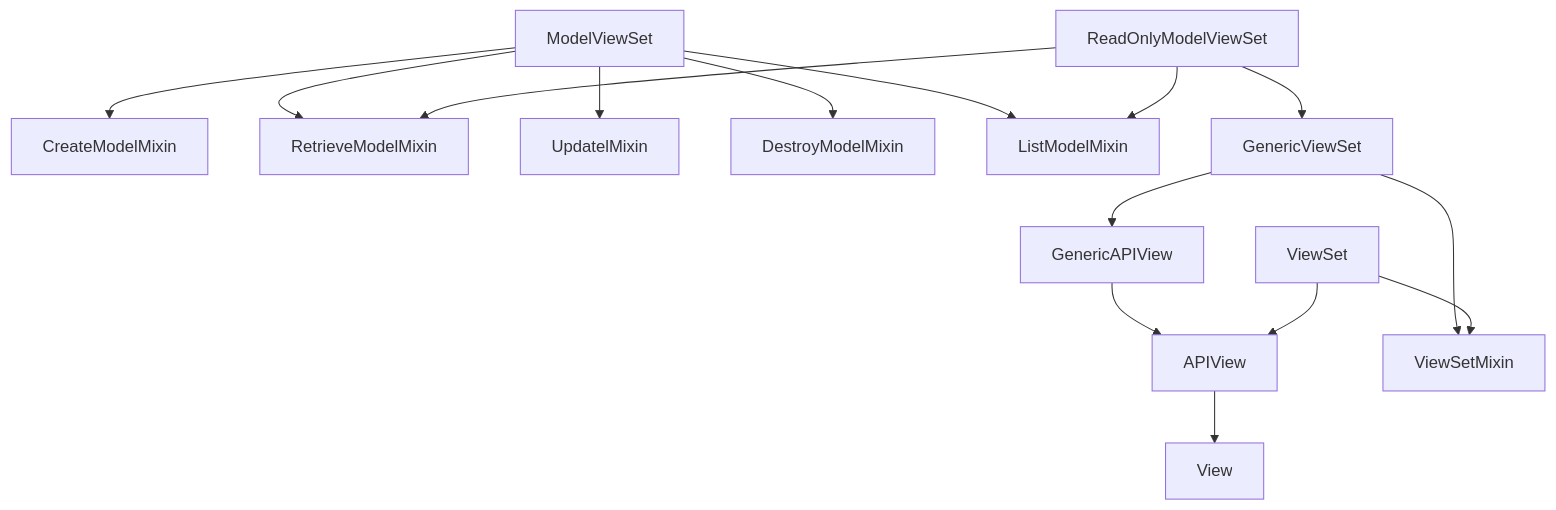
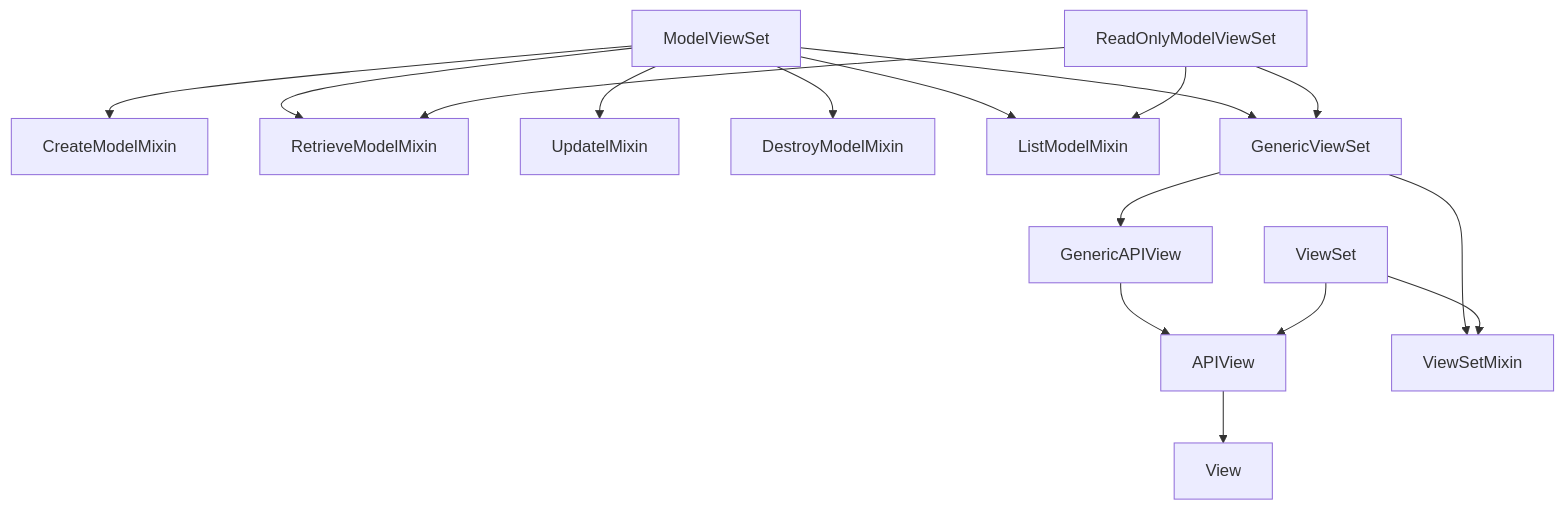
Before and after one commit to Boomshakal/BLOG: the first of 2 diagrams in django_restframework.md, drawn with Mermaid. The commit also changed other lines of this file and 1 other file, not shown here.

````diff
--- a/django_restframework.md
+++ b/django_restframework.md
@@ -416,16 +416,17 @@
  ```mermaid
     graph TD
         
         ModelViewSet-->CreateModelMixin
         ModelViewSet-->RetrieveModelMixin
         ModelViewSet-->UpdatelMixin
         ModelViewSet-->DestroyModelMixin
         ModelViewSet-->ListModelMixin
+        ModelViewSet-->GenericViewSet
         ReadOnlyModelViewSet-->ListModelMixin
         ReadOnlyModelViewSet-->GenericViewSet
         ReadOnlyModelViewSet-->RetrieveModelMixin
         GenericViewSet-->GenericAPIView-->APIView-->View
         GenericViewSet-->ViewSetMixin
         ViewSet-->APIView
         ViewSet-->ViewSetMixin
  ```
````
